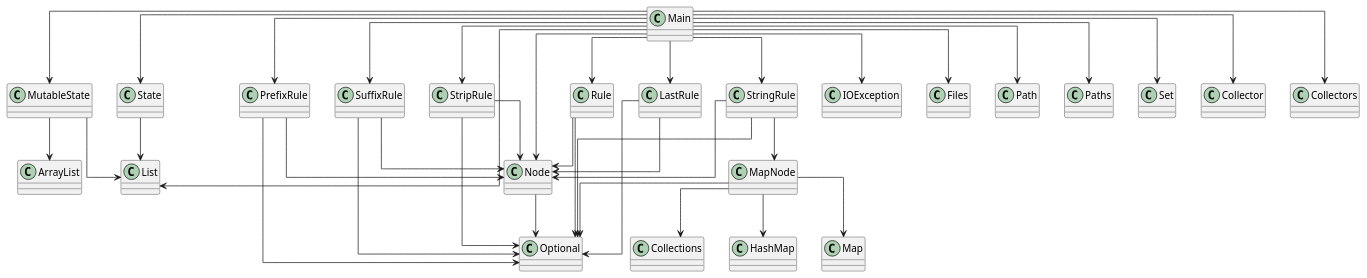
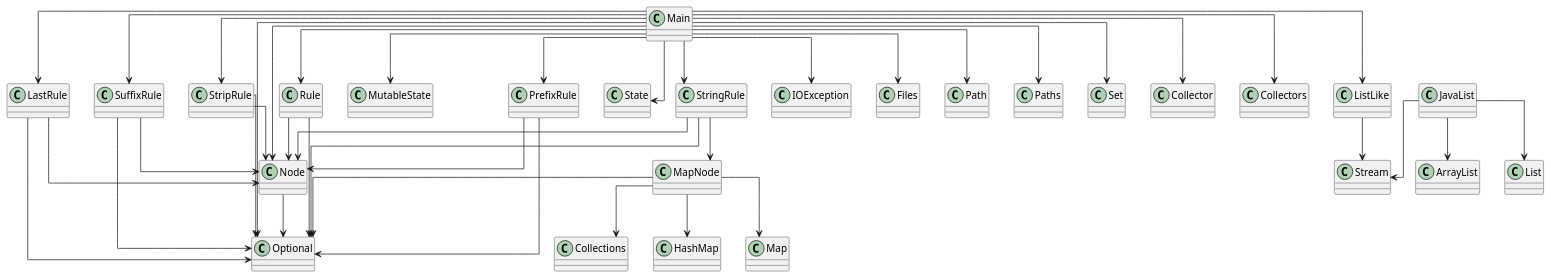
Before and after one commit to SirMathhman/Magma: the diagram in diagram.puml, drawn with PlantUML. The commit also changed 5 other files, not shown here.

```diff
--- a/diagram.puml
+++ b/diagram.puml
@@ -1,53 +1,57 @@
 @startuml
 skinparam linetype ortho
-class MutableState
-MutableState --> ArrayList
-MutableState --> List
 class Node
 Node --> Optional
 class StripRule
 StripRule --> Node
 StripRule --> Optional
 class Rule
 Rule --> Node
 Rule --> Optional
+class StringRule
+StringRule --> MapNode
+StringRule --> Node
+StringRule --> Optional
+class PrefixRule
+PrefixRule --> Node
+PrefixRule --> Optional
+class MutableState
+class ListLike
+ListLike --> Stream
 class Main
 Main --> LastRule
+Main --> ListLike
 Main --> MutableState
 Main --> PrefixRule
 Main --> Rule
 Main --> State
 Main --> StringRule
 Main --> StripRule
 Main --> SuffixRule
 Main --> Node
 Main --> IOException
 Main --> Files
 Main --> Path
 Main --> Paths
-Main --> List
+Main --> Optional
 Main --> Set
 Main --> Collector
 Main --> Collectors
+class JavaList
+JavaList --> ArrayList
+JavaList --> List
+JavaList --> Stream
 class MapNode
 MapNode --> Collections
 MapNode --> HashMap
 MapNode --> Map
 MapNode --> Optional
-class StringRule
-StringRule --> MapNode
-StringRule --> Node
-StringRule --> Optional
 class LastRule
 LastRule --> Node
 LastRule --> Optional
-class PrefixRule
-PrefixRule --> Node
-PrefixRule --> Optional
 class SuffixRule
 SuffixRule --> Node
 SuffixRule --> Optional
 class State
-State --> List
 
 @enduml
```
